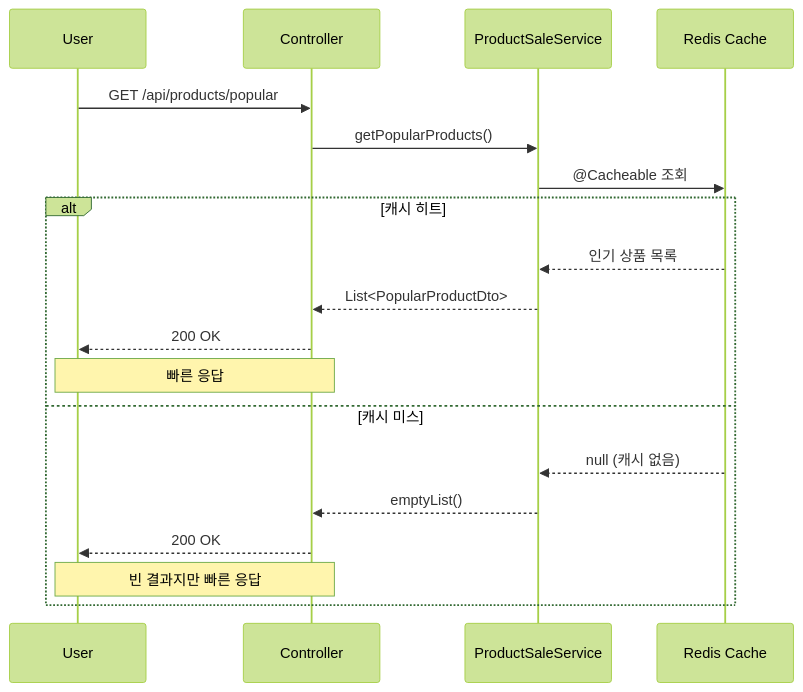
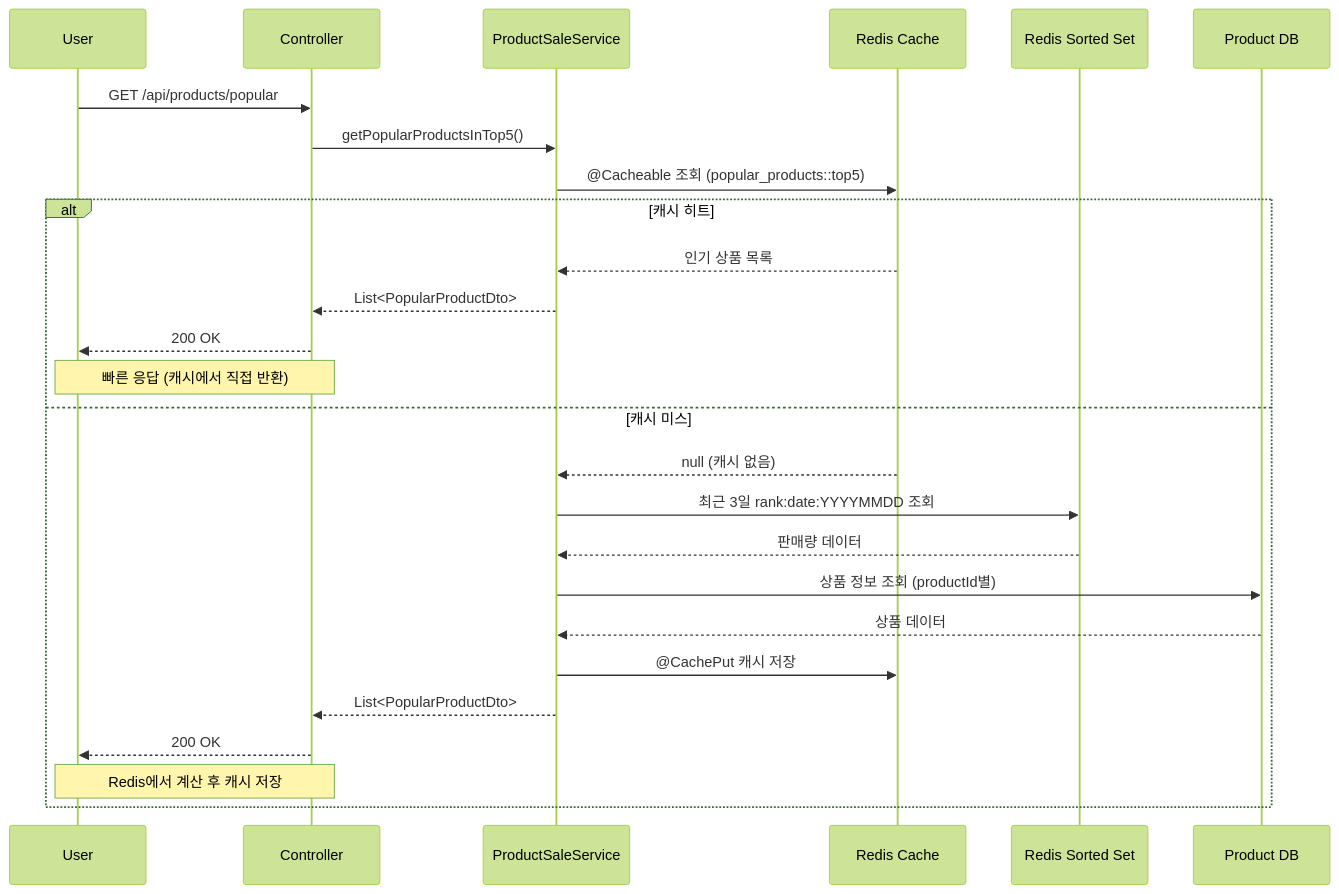
The first of 3 diagrams in docs/study/product-seller-rank-improve.md (lostcatbox/e-commerce-order-service), drawn with Mermaid (forest theme) before and after one commit. The commit also changed other lines of this file, not shown here.

Commit message:
[docs] 상품 판매량 읽기 및 쓰기 추가 개선 버전 문서 작성 (Redis의 Read-Through, Write-Back 적용) - #63

````diff
--- a/docs/study/product-seller-rank-improve.md
+++ b/docs/study/product-seller-rank-improve.md
@@ -39,24 +58,33 @@
 ```mermaid
 sequenceDiagram
     participant User
     participant Controller
     participant ProductSaleService
     participant Cache as Redis Cache
+    participant RedisDB as Redis Sorted Set
+    participant ProductDB as Product DB
 
     User->>Controller: GET /api/products/popular
-    Controller->>ProductSaleService: getPopularProducts()
-    ProductSaleService->>Cache: @Cacheable 조회
+    Controller->>ProductSaleService: getPopularProductsInTop5()
+
+    ProductSaleService->>Cache: @Cacheable 조회 (popular_products::top5)
 
     alt 캐시 히트
         Cache-->>ProductSaleService: 인기 상품 목록
         ProductSaleService-->>Controller: List<PopularProductDto>
         Controller-->>User: 200 OK
-        Note over User,Controller: 빠른 응답
+        Note over User,Controller: 빠른 응답 (캐시에서 직접 반환)
     else 캐시 미스
         Cache-->>ProductSaleService: null (캐시 없음)
-        ProductSaleService-->>Controller: emptyList()
+        ProductSaleService->>RedisDB: 최근 3일 rank:date:YYYYMMDD 조회
+        RedisDB-->>ProductSaleService: 판매량 데이터
+
+        ProductSaleService->>ProductDB: 상품 정보 조회 (productId별)
+        ProductDB-->>ProductSaleService: 상품 데이터
+
+        ProductSaleService->>Cache: @CachePut 캐시 저장
+        ProductSaleService-->>Controller: List<PopularProductDto>
         Controller-->>User: 200 OK
-        Note over User,Controller: 빈 결과지만 빠른 응답
+        Note over User,Controller: Redis에서 계산 후 캐시 저장
     end
-
 ```
````
